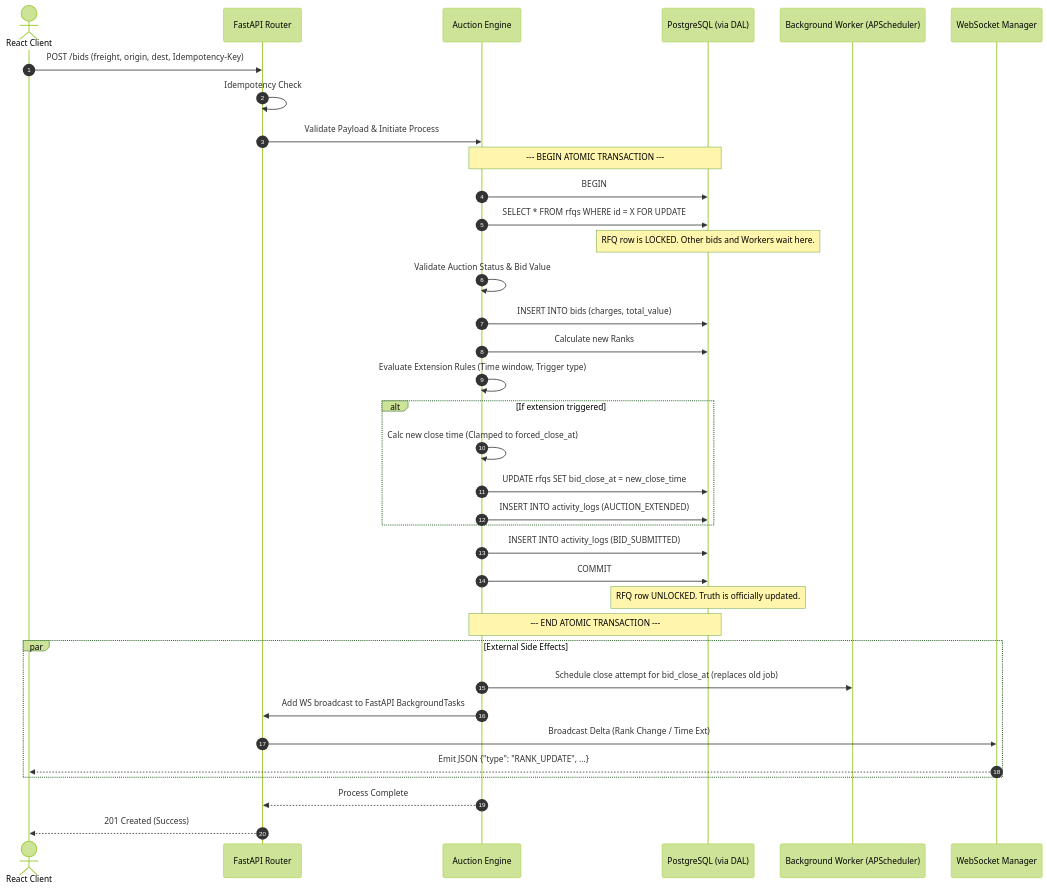
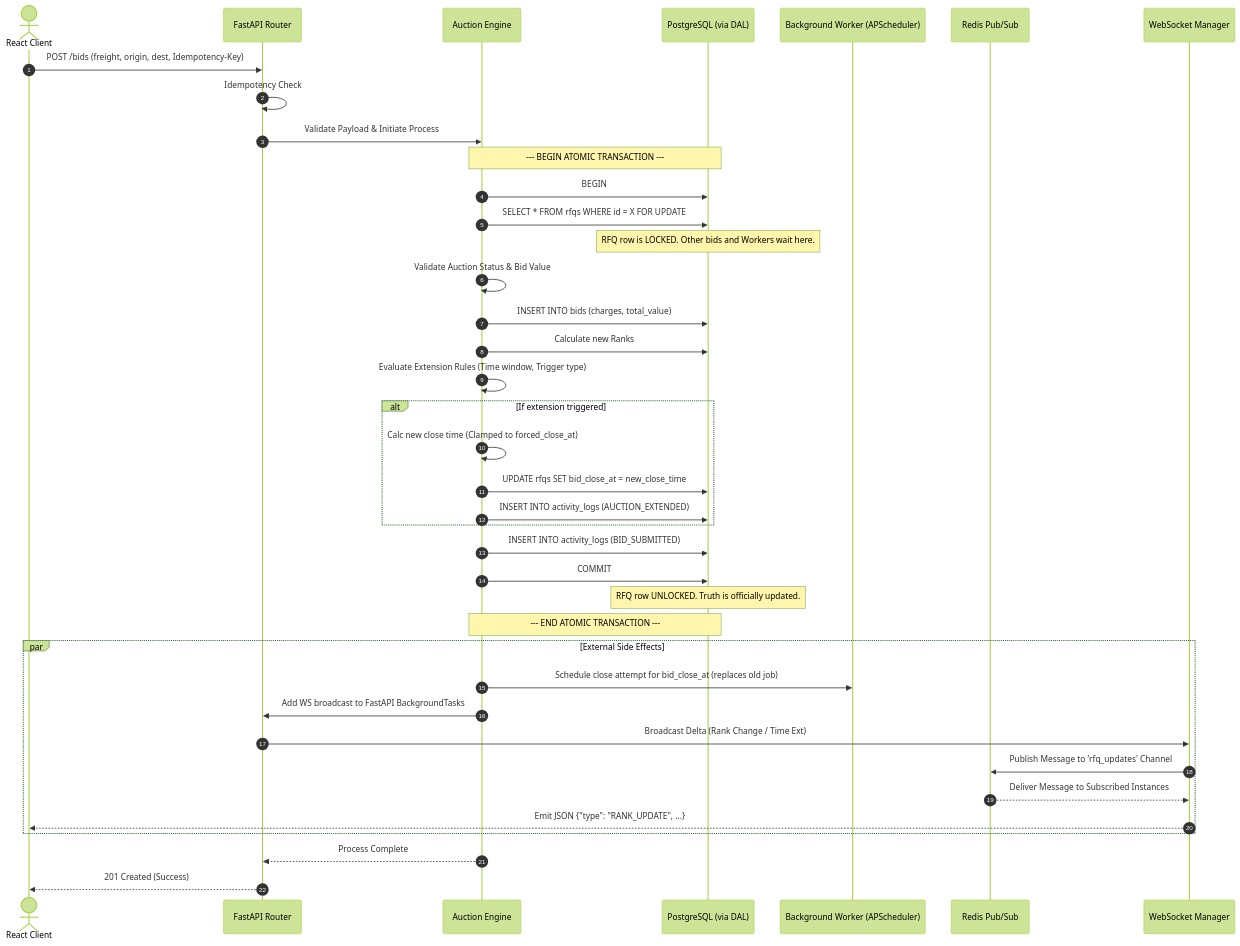
Before and after one commit to AviBapatu/BritishRFQ: the diagram in Sequence Diagram.md, drawn with Mermaid (forest theme). The commit also changed 1 other file, not shown here.

Commit message:
integrated Redis Pub/Sub into sequence and architecture diagrams for cross-instance WebSocket broadcasting

````diff
--- a/Sequence Diagram.md
+++ b/Sequence Diagram.md
@@ -3,46 +3,49 @@
 ```mermaid
 sequenceDiagram
     autonumber
     actor Supplier as React Client
     participant API as FastAPI Router
     participant Engine as Auction Engine
     participant DB as PostgreSQL (via DAL)
     participant Worker as Background Worker (APScheduler)
+    participant Redis as Redis Pub/Sub
     participant WS as WebSocket Manager
 
     Supplier->>API: POST /bids (freight, origin, dest, Idempotency-Key)
     API->>API: Idempotency Check
     API->>Engine: Validate Payload & Initiate Process
     
     Note over Engine, DB: --- BEGIN ATOMIC TRANSACTION ---
     Engine->>DB: BEGIN
     Engine->>DB: SELECT * FROM rfqs WHERE id = X FOR UPDATE
     Note over DB: RFQ row is LOCKED. Other bids and Workers wait here.
     
     Engine->>Engine: Validate Auction Status & Bid Value
     Engine->>DB: INSERT INTO bids (charges, total_value)
     Engine->>DB: Calculate new Ranks
     
     Engine->>Engine: Evaluate Extension Rules (Time window, Trigger type)
     
     alt If extension triggered
         Engine->>Engine: Calc new close time (Clamped to forced_close_at)
         Engine->>DB: UPDATE rfqs SET bid_close_at = new_close_time
         Engine->>DB: INSERT INTO activity_logs (AUCTION_EXTENDED)
     end
     
     Engine->>DB: INSERT INTO activity_logs (BID_SUBMITTED)
     Engine->>DB: COMMIT
     Note over DB: RFQ row UNLOCKED. Truth is officially updated.
     Note over Engine, DB: --- END ATOMIC TRANSACTION ---
 
     par External Side Effects
         Engine->>Worker: Schedule close attempt for bid_close_at (replaces old job)
         Engine->>API: Add WS broadcast to FastAPI BackgroundTasks
         API->>WS: Broadcast Delta (Rank Change / Time Ext)
+        WS->>Redis: Publish Message to 'rfq_updates' Channel
+        Redis-->>WS: Deliver Message to Subscribed Instances
         WS-->>Supplier: Emit JSON {"type": "RANK_UPDATE", ...}
     end
     
     Engine-->>API: Process Complete
     API-->>Supplier: 201 Created (Success)
 ```
````
